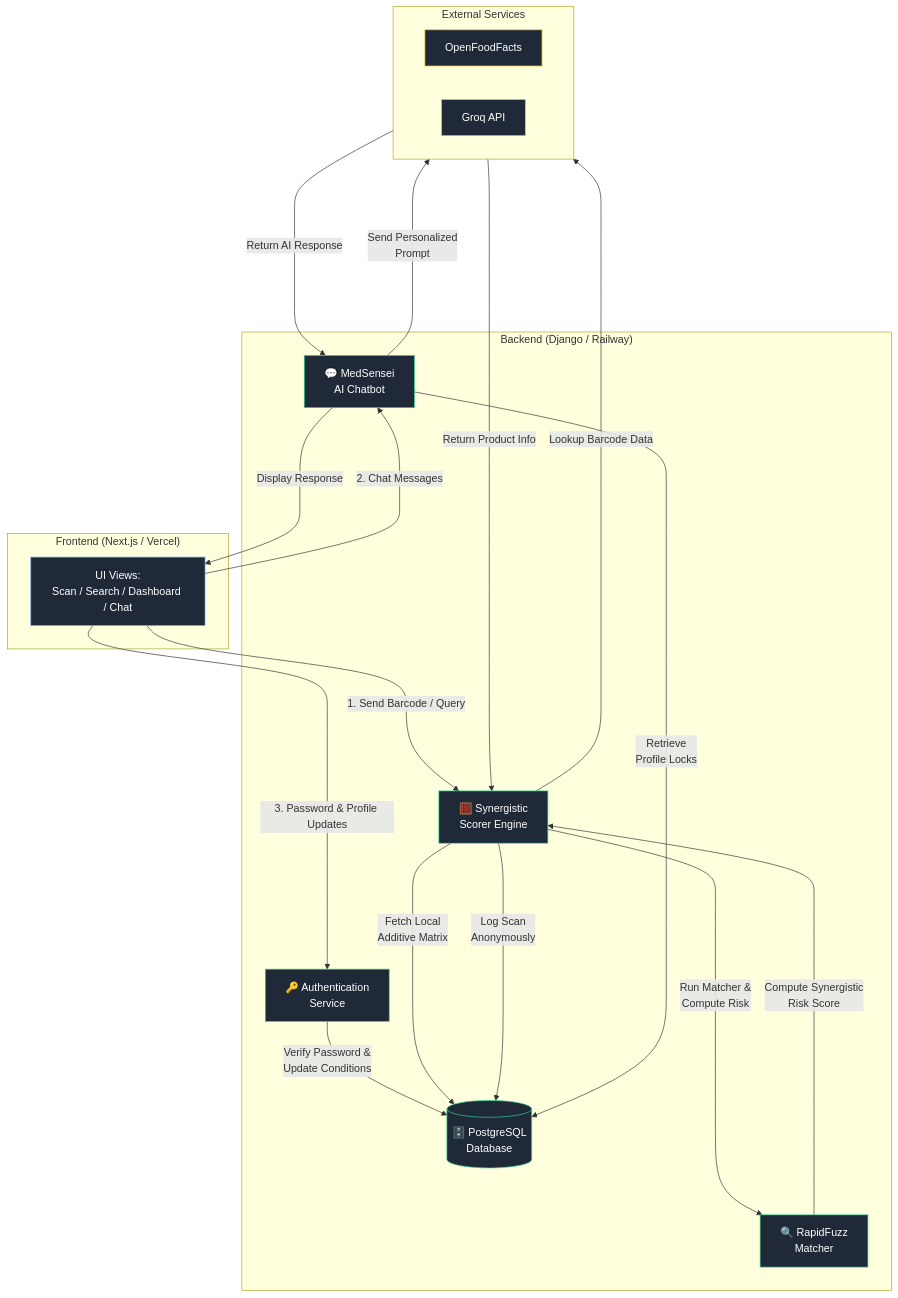
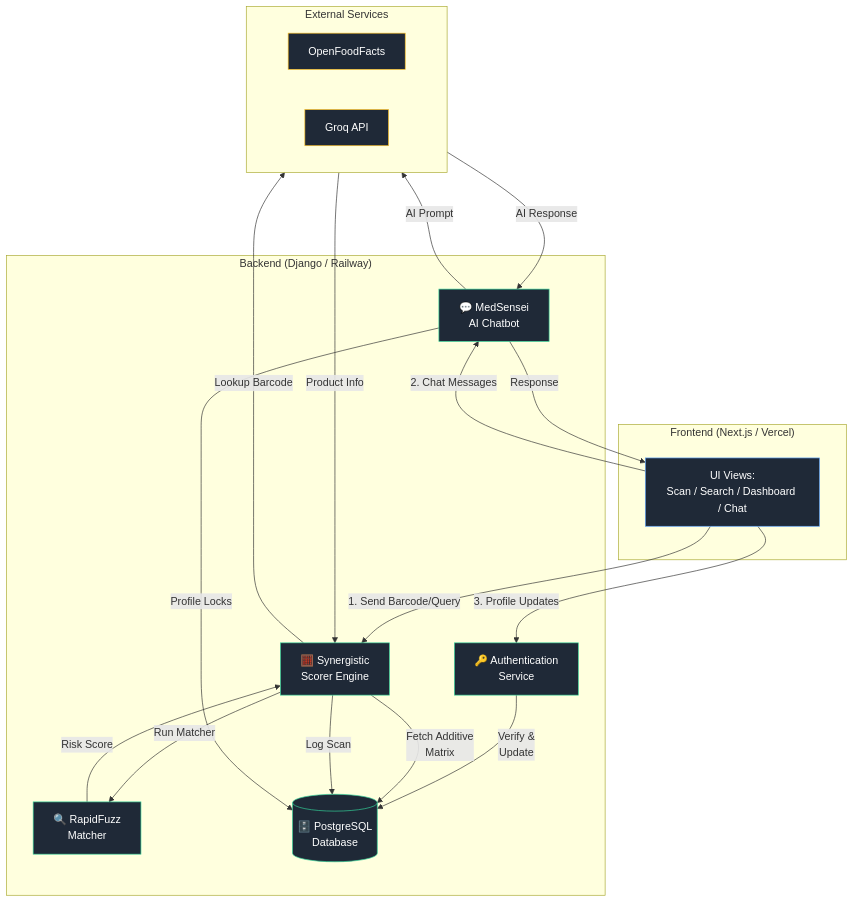
The second of 4 diagrams in README.md (sirikumar9106/BioDose---Intelligent-Food-Quality-Consumer-Safety-Intelligence-System), drawn with Mermaid before and after one commit.

Commit message:
Update flowchart node spacing and labels in README

````diff
--- a/README.md
+++ b/README.md
@@ -33,49 +33,49 @@
 ```mermaid
-%%{init: {'flowchart': {'nodeSpacing': 50, 'rankSpacing': 70}}}%%
+%%{init: {'flowchart': {'nodeSpacing': 60, 'rankSpacing': 100}}}%%
 graph TD
     subgraph Frontend ["Frontend (Next.js / Vercel)"]
         UI["UI Views:<br/>Scan / Search / Dashboard / Chat"]
     end
 
     subgraph Backend ["Backend (Django / Railway)"]
         Auth["🔑 Authentication<br/>Service"]
         Scorer["🧮 Synergistic<br/>Scorer Engine"]
         Matcher["🔍 RapidFuzz<br/>Matcher"]
         Chat["💬 MedSensei<br/>AI Chatbot"]
         DB[("🗄️ PostgreSQL<br/>Database")]
     end
 
     subgraph External ["External Services"]
         direction LR
         OFF["OpenFoodFacts"]
         Groq["Groq API"]
     end
 
-    UI --->|"1. Send Barcode / Query"| Scorer
-    UI --->|"2. Chat Messages"| Chat
-    UI --->|"3. Password & Profile Updates"| Auth
+    UI -->|"1. Send Barcode/Query"| Scorer
+    UI -->|"2. Chat Messages"| Chat
+    UI -->|"3. Profile Updates"| Auth
 
-    Auth -->|"Verify Password &<br/>Update Conditions"| DB
+    Auth -->|"Verify &<br/>Update"| DB
 
-    Scorer ---->|"Lookup Barcode Data"| OFF
-    OFF ---->|"Return Product Info"| Scorer
-    Scorer ---->|"Fetch Local<br/>Additive Matrix"| DB
-    Scorer --->|"Run Matcher &<br/>Compute Risk"| Matcher
-    Matcher ----->|"Compute Synergistic<br/>Risk Score"| Scorer
-    Scorer --->|"Log Scan<br/>Anonymously"| DB
+    Scorer -->|"Fetch Additive<br/>Matrix"| DB
+    Scorer -->|"Log Scan"| DB
+    Scorer -->|"Run Matcher"| Matcher
+    Matcher -->|"Risk Score"| Scorer
+    Scorer -->|"Lookup Barcode"| OFF
+    OFF -->|"Product Info"| Scorer
 
-    Chat --->|"Retrieve<br/>Profile Locks"| DB
-    Chat --->|"Send Personalized<br/>Prompt"| Groq
-    Groq ---->|"Return AI Response"| Chat
-    Chat -->|"Display Response"| UI
+    Chat -->|"Profile Locks"| DB
+    Chat -->|"AI Prompt"| Groq
+    Groq -->|"AI Response"| Chat
+    Chat -->|"Response"| UI
 
     Matcher ~~~ External
 
     classDef frontendStyle fill:#1f2937,stroke:#60a5fa,stroke-width:1px,color:#fff
     classDef backendStyle fill:#1f2937,stroke:#34d399,stroke-width:1px,color:#fff
     classDef externalStyle fill:#1f2937,stroke:#fbbf24,stroke-width:1px,color:#fff
 
     class UI frontendStyle
     class Auth,Scorer,Matcher,Chat,DB backendStyle
     class OFF,Groq externalStyle
 ```
````
